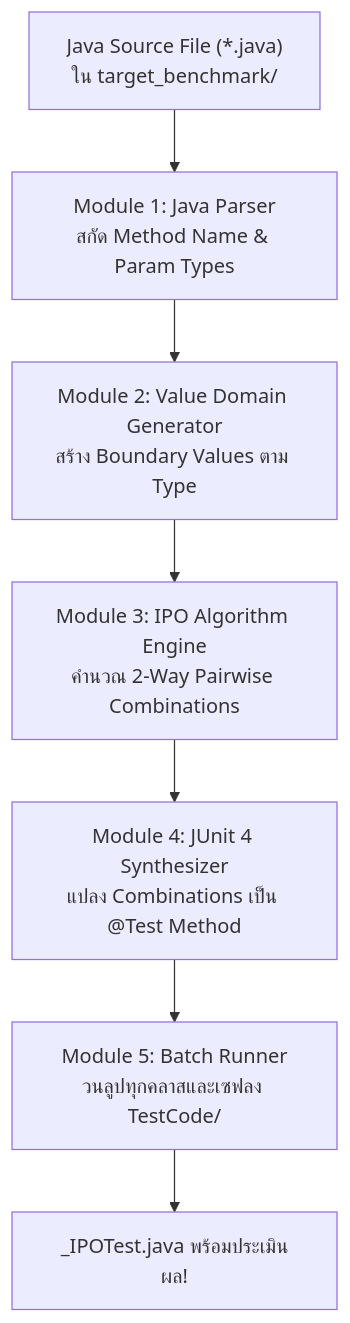
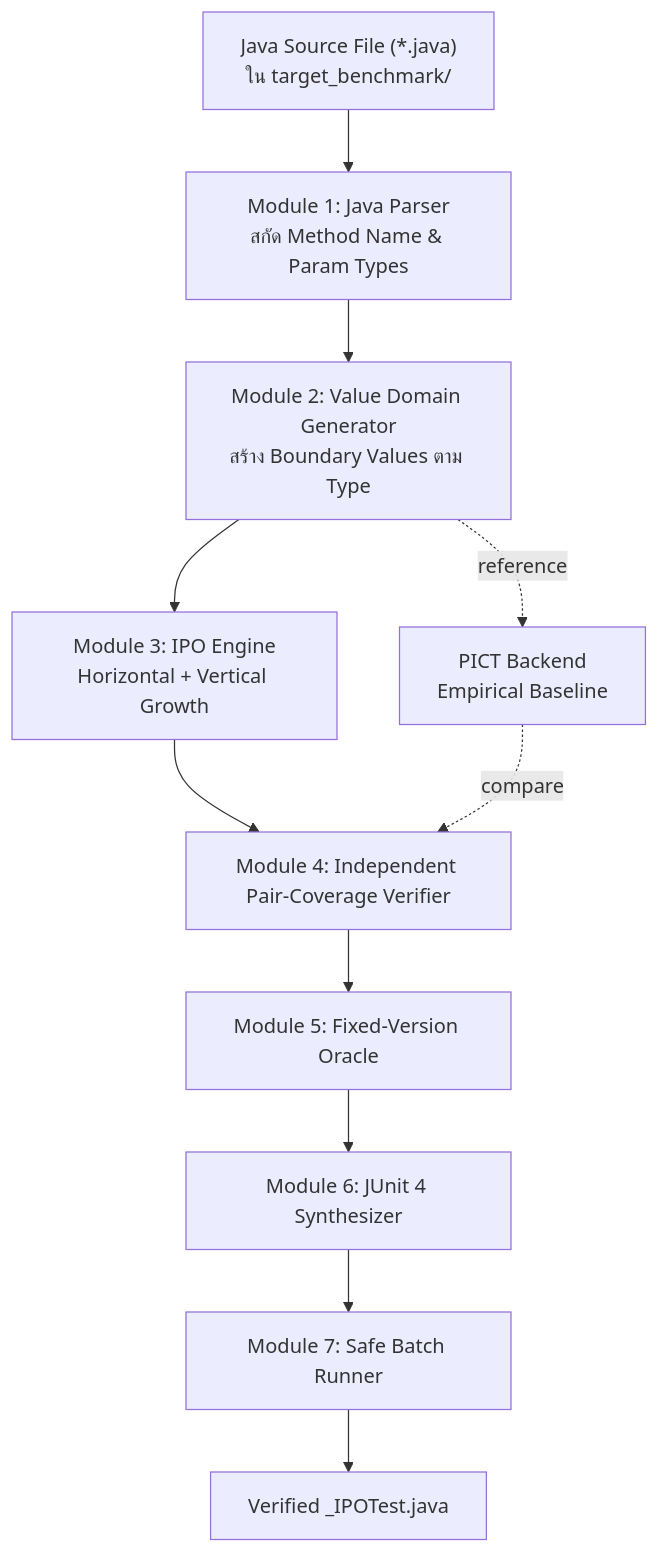
Before and after one commit to Bigzzz0/ProjectSQA: the first of 5 diagrams in TEAM_WORKFLOW_GUIDE.md, drawn with Mermaid. The commit also changed other lines of this file, not shown here.

Commit message:
docs(ipo): distinguish IPO implementation from PICT baseline

````diff
--- a/TEAM_WORKFLOW_GUIDE.md
+++ b/TEAM_WORKFLOW_GUIDE.md
@@ -222,9 +216,13 @@
 ```mermaid
 flowchart TD
     JavaFile["Java Source File (*.java)<br/>ใน target_benchmark/"] --> M1["Module 1: Java Parser<br/>สกัด Method Name & Param Types"]
     M1 --> M2["Module 2: Value Domain Generator<br/>สร้าง Boundary Values ตาม Type"]
-    M2 --> M3["Module 3: IPO Algorithm Engine<br/>คำนวณ 2-Way Pairwise Combinations"]
-    M3 --> M4["Module 4: JUnit 4 Synthesizer<br/>แปลง Combinations เป็น @Test Method"]
-    M4 --> M5["Module 5: Batch Runner<br/>วนลูปทุกคลาสและเซฟลง TestCode/"]
-    M5 --> Out["<Class>_IPOTest.java พร้อมประเมินผล!"]
+    M2 --> IPO["Module 3: IPO Engine<br/>Horizontal + Vertical Growth"]
+    M2 -. reference .-> PICT["PICT Backend<br/>Empirical Baseline"]
+    IPO --> Verify["Module 4: Independent Pair-Coverage Verifier"]
+    PICT -. compare .-> Verify
+    Verify --> Oracle["Module 5: Fixed-Version Oracle"]
+    Oracle --> JUnit["Module 6: JUnit 4 Synthesizer"]
+    JUnit --> Batch["Module 7: Safe Batch Runner"]
+    Batch --> Out["Verified <Class>_IPOTest.java"]
 ```
````
